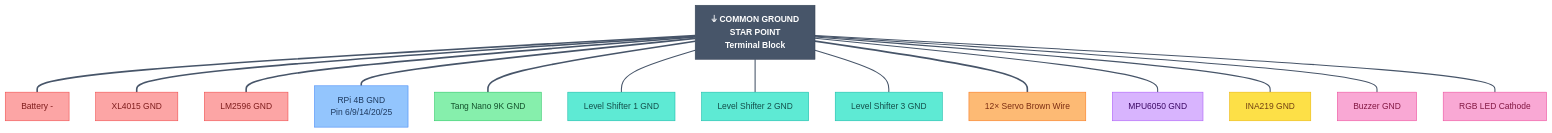
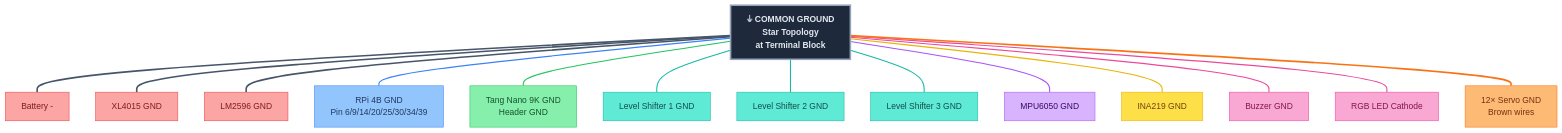
Before and after one commit to Major-Project-001/VIGIL-RQ: the ninth of 9 diagrams in control/docs/wiring_diagram.md, drawn with Mermaid. The commit also changed other lines of this file, not shown here.

Commit message:
docs: Final wiring diagram — full detail + color-coded linkStyle on every line

````diff
--- a/control/docs/wiring_diagram.md
+++ b/control/docs/wiring_diagram.md
@@ -617,56 +748,54 @@
 ```mermaid
 graph TB
     classDef gnd fill:#475569,stroke:#334155,color:#fff,font-weight:bold
     classDef rpiPin fill:#93c5fd,stroke:#3b82f6,color:#1e3a5f
     classDef fpgaPin fill:#86efac,stroke:#22c55e,color:#14532d
     classDef lsPin fill:#5eead4,stroke:#14b8a6,color:#134e4a
     classDef servoPin fill:#fdba74,stroke:#f97316,color:#7c2d12
     classDef imuPin fill:#d8b4fe,stroke:#a855f7,color:#3b0764
     classDef inaPin fill:#fde047,stroke:#eab308,color:#713f12
     classDef alertPin fill:#f9a8d4,stroke:#ec4899,color:#831843
     classDef powerPin fill:#fca5a5,stroke:#ef4444,color:#7f1d1d
 
-    GND_HUB["⏚ COMMON GROUND<br/>STAR POINT<br/>Terminal Block"]:::gnd
+    GND_STAR["⏚ COMMON GROUND<br/>Star Topology<br/>at Terminal Block"]:::gnd
 
     BAT_G["Battery -"]:::powerPin
     BUCKS_G["XL4015 GND"]:::powerPin
     BUCKL_G["LM2596 GND"]:::powerPin
-    RPI_G["RPi 4B GND<br/>Pin 6/9/14/20/25"]:::rpiPin
-    FPGA_G["Tang Nano 9K GND"]:::fpgaPin
+    RPI_G["RPi 4B GND<br/>Pin 6/9/14/20/25/30/34/39"]:::rpiPin
+    FPGA_G["Tang Nano 9K GND<br/>Header GND"]:::fpgaPin
     LS1_G["Level Shifter 1 GND"]:::lsPin
     LS2_G["Level Shifter 2 GND"]:::lsPin
     LS3_G["Level Shifter 3 GND"]:::lsPin
-    SRV_G["12× Servo Brown Wire"]:::servoPin
     IMU_G["MPU6050 GND"]:::imuPin
     INA_G["INA219 GND"]:::inaPin
     BUZ_G["Buzzer GND"]:::alertPin
     RGB_G["RGB LED Cathode"]:::alertPin
+    SERVO_G["12× Servo GND<br/>Brown wires"]:::servoPin
 
-    GND_HUB --- BAT_G
-    GND_HUB --- BUCKS_G
-    GND_HUB --- BUCKL_G
-    GND_HUB --- RPI_G
-    GND_HUB --- FPGA_G
-    GND_HUB --- LS1_G
-    GND_HUB --- LS2_G
-    GND_HUB --- LS3_G
-    GND_HUB --- SRV_G
-    GND_HUB --- IMU_G
-    GND_HUB --- INA_G
-    GND_HUB --- BUZ_G
-    GND_HUB --- RGB_G
+    %% Star connections (links 0-12)
+    GND_STAR --- BAT_G
+    GND_STAR --- BUCKS_G
+    GND_STAR --- BUCKL_G
+    GND_STAR --- RPI_G
+    GND_STAR --- FPGA_G
+    GND_STAR --- LS1_G
+    GND_STAR --- LS2_G
+    GND_STAR --- LS3_G
+    GND_STAR --- IMU_G
+    GND_STAR --- INA_G
+    GND_STAR --- BUZ_G
+    GND_STAR --- RGB_G
+    GND_STAR --- SERVO_G
 
-    linkStyle 0 stroke:#475569,stroke-width:3px
-    linkStyle 1 stroke:#475569,stroke-width:3px
-    linkStyle 2 stroke:#475569,stroke-width:3px
-    linkStyle 3 stroke:#475569,stroke-width:3px
-    linkStyle 4 stroke:#475569,stroke-width:3px
-    linkStyle 5 stroke:#475569,stroke-width:2px
-    linkStyle 6 stroke:#475569,stroke-width:2px
-    linkStyle 7 stroke:#475569,stroke-width:2px
-    linkStyle 8 stroke:#475569,stroke-width:3px
-    linkStyle 9 stroke:#475569,stroke-width:2px
-    linkStyle 10 stroke:#475569,stroke-width:2px
-    linkStyle 11 stroke:#475569,stroke-width:2px
-    linkStyle 12 stroke:#475569,stroke-width:2px
+    linkStyle 0,1,2 stroke:#475569,stroke-width:3px
+    linkStyle 3 stroke:#3b82f6,stroke-width:2px
+    linkStyle 4 stroke:#22c55e,stroke-width:2px
+    linkStyle 5,6,7 stroke:#14b8a6,stroke-width:2px
+    linkStyle 8 stroke:#a855f7,stroke-width:2px
+    linkStyle 9 stroke:#eab308,stroke-width:2px
+    linkStyle 10,11 stroke:#ec4899,stroke-width:2px
+    linkStyle 12 stroke:#f97316,stroke-width:3px
+
+    style GND_STAR fill:#1e293b,stroke:#94a3b8,color:#e2e8f0,stroke-width:3px
 ```
````
